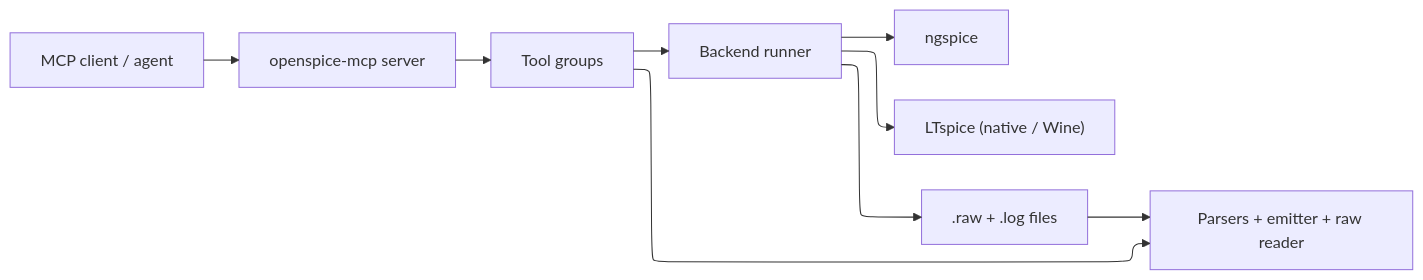
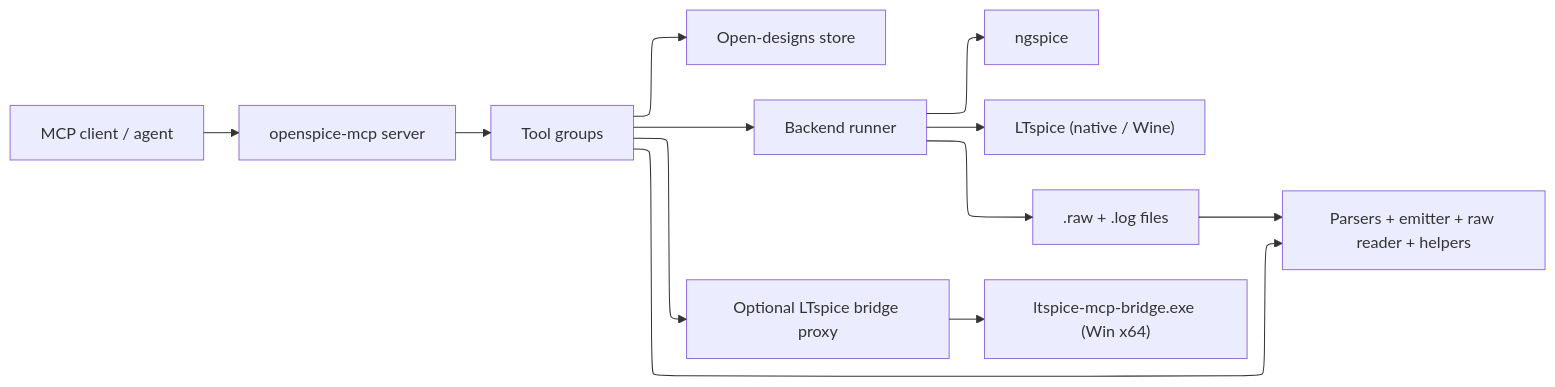
Before and after one commit to sohampatwardhan/openspice-mcp: the first of 10 diagrams in .kiro/specs/openspice-mcp/design.md, drawn with Mermaid. The commit also changed other lines of this file and 4 other files, not shown here.

First line of the commit message:
docs(spec): add LTspice MCP parity, bridge delegation, and platform notes

````diff
--- a/.kiro/specs/openspice-mcp/design.md
+++ b/.kiro/specs/openspice-mcp/design.md
@@ -26,15 +62,18 @@
 ```mermaid
 ---
 config:
   layout: elk
 ---
 flowchart LR
   caller["MCP client / agent"] --> server["openspice-mcp server"]
   server --> tools["Tool groups"]
-  tools --> engine["Parsers + emitter + raw reader"]
+  tools --> engine["Parsers + emitter + raw reader + helpers"]
+  tools --> designs["Open-designs store"]
   tools --> runner["Backend runner"]
+  tools --> bridge["Optional LTspice bridge proxy"]
   runner --> ng["ngspice"]
   runner --> lt["LTspice (native / Wine)"]
   runner --> raw[".raw + .log files"]
+  bridge --> bexe["ltspice-mcp-bridge.exe (Win x64)"]
   raw --> engine
 ```
````
